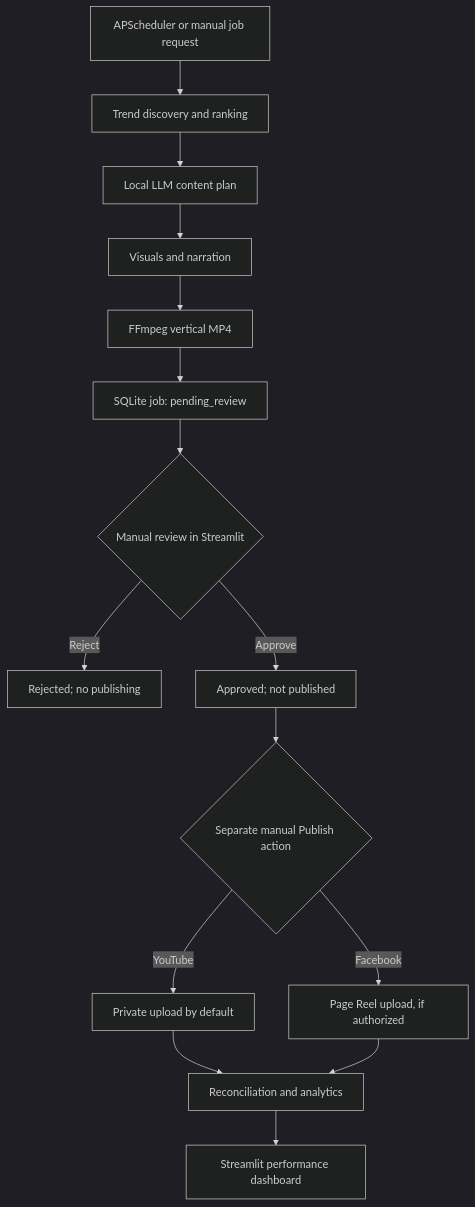
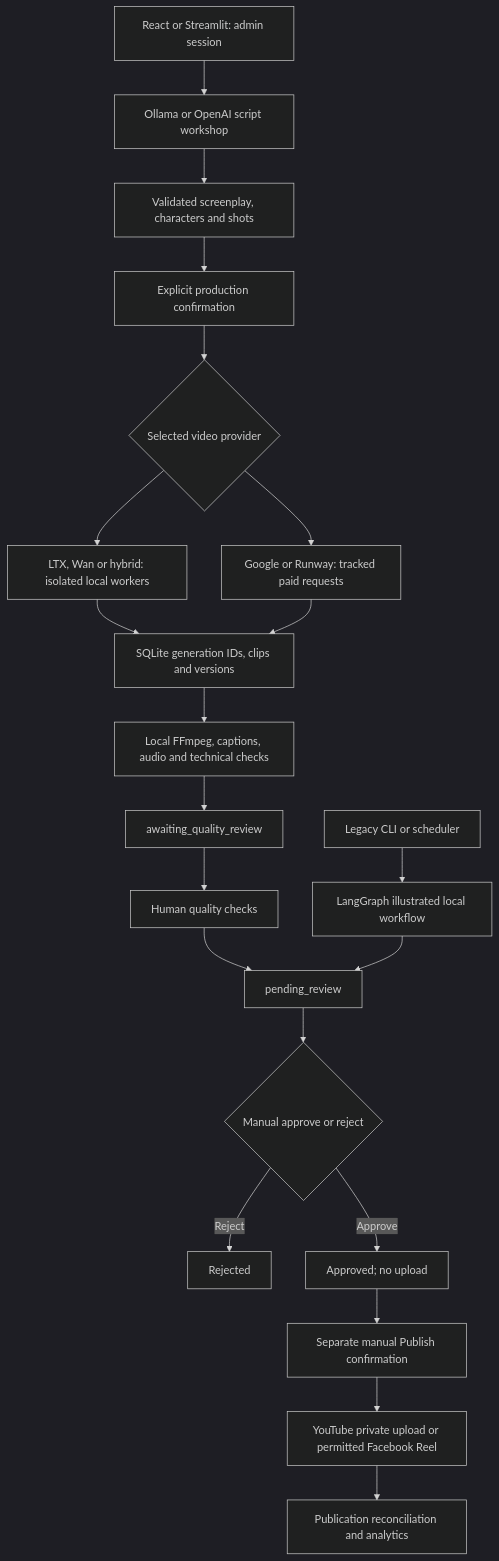
Before and after one commit to aashikazim/ai-content-agent: the diagram in README.md, drawn with Mermaid (dark theme). The commit also changed other lines of this file and 34 other files, not shown here.

Commit message:
feat: add local cinematic generation with LTX-2.5 and Wan-Animate-2

````diff
--- a/README.md
+++ b/README.md
@@ -147,17 +169,23 @@
 ```mermaid
 flowchart TD
-    A[APScheduler or manual job request] --> B[Trend discovery and ranking]
-    B --> C[Local LLM content plan]
-    C --> D[Visuals and narration]
-    D --> E[FFmpeg vertical MP4]
-    E --> F[SQLite job: pending_review]
-    F --> G{Manual review in Streamlit}
-    G -->|Reject| H[Rejected; no publishing]
-    G -->|Approve| I[Approved; not published]
-    I --> J{Separate manual Publish action}
-    J -->|YouTube| K[Private upload by default]
-    J -->|Facebook| L[Page Reel upload, if authorized]
-    K --> M[Reconciliation and analytics]
-    L --> M
-    M --> N[Streamlit performance dashboard]
+    A[React or Streamlit: admin session] --> B[Ollama or OpenAI script workshop]
+    B --> C[Validated screenplay, characters and shots]
+    C --> D[Explicit production confirmation]
+    D --> E{Selected video provider}
+    E --> F[LTX, Wan or hybrid: isolated local workers]
+    E --> G[Google or Runway: tracked paid requests]
+    F --> H[SQLite generation IDs, clips and versions]
+    G --> H
+    H --> I[Local FFmpeg, captions, audio and technical checks]
+    I --> J[awaiting_quality_review]
+    J --> K[Human quality checks]
+    K --> L[pending_review]
+    M[Legacy CLI or scheduler] --> N[LangGraph illustrated local workflow]
+    N --> L
+    L --> O{Manual approve or reject}
+    O -->|Reject| P[Rejected]
+    O -->|Approve| Q[Approved; no upload]
+    Q --> R[Separate manual Publish confirmation]
+    R --> S[YouTube private upload or permitted Facebook Reel]
+    S --> T[Publication reconciliation and analytics]
 ```
````
